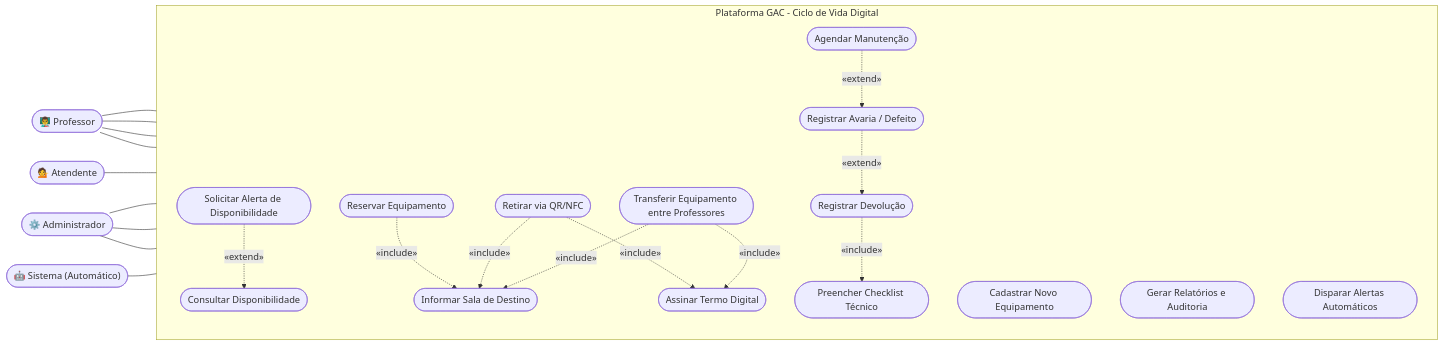
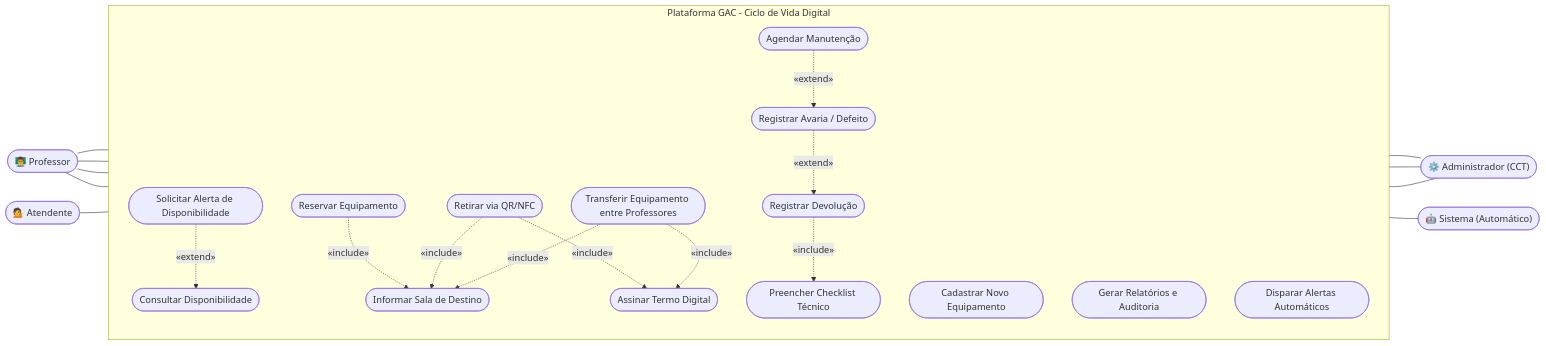
The diagram in Requisitos/Diagramas/Diagrama-de-Casos-de-Uso.md (VinnerKyther/requisitos-2026-requisitos-production), drawn with Mermaid before and after one commit.

Commit message:
Update Use Case Diagram with additional actors and actions

````diff
--- a/Requisitos/Diagramas/Diagrama-de-Casos-de-Uso.md
+++ b/Requisitos/Diagramas/Diagrama-de-Casos-de-Uso.md
@@ -3,70 +3,72 @@
 ```mermaid
 flowchart LR
-    %% Atores
+    %% Atores da Interface Mobile (Esquerda)
     Prof(["👨‍🏫 Professor"])
     Atend(["💁 Atendente"])
-    Admin(["⚙️ Administrador"])
-    Sis(["🤖 Sistema (Automático)"])
 
-    %% Sistema (GAC)
     subgraph Sistema [Plataforma GAC - Ciclo de Vida Digital]
         direction TB
         
-        %% Ações de Consulta e Alerta
+        %% Ações de Consulta
         UC1([Consultar Disponibilidade])
         UC1a([Solicitar Alerta de Disponibilidade])
         
-        %% Ações de Uso do Equipamento
+        %% Ações de Uso do Equipamento (Professor)
         UC2([Reservar Equipamento])
         UC3([Retirar via QR/NFC])
         UC4([Transferir Equipamento entre Professores])
         
         %% Ações de Segurança e Rastreabilidade
         UC5([Assinar Termo Digital])
         UC6([Informar Sala de Destino])
         
         %% Ações do Atendente
         UC7([Registrar Devolução])
         UC8([Preencher Checklist Técnico])
         UC9([Registrar Avaria / Defeito])
         
-        %% Ações da Gestão
+        %% Ações da Gestão Web (Administrador)
         UC10([Cadastrar Novo Equipamento])
         UC11([Agendar Manutenção])
         UC12([Gerar Relatórios e Auditoria])
         
         %% Ações do Sistema
         UC13([Disparar Alertas Automáticos])
     end
 
-    %% Conectando os Atores
+    %% Atores da Interface Web e Robôs (Direita)
+    Admin(["⚙️ Administrador (CCT)"])
+    Sis(["🤖 Sistema (Automático)"])
+
+    %% Conectando os Atores da Esquerda
     Prof --- UC1
     Prof --- UC2
     Prof --- UC3
     Prof --- UC4
-    
     Atend --- UC7
     
-    Admin --- UC10
-    Admin --- UC11
-    Admin --- UC12
-    
-    Sis --- UC13
+    %% Conectando os Atores da Direita
+    UC10 --- Admin
+    UC11 --- Admin
+    UC12 --- Admin
+    UC13 --- Sis
 
-    %% Regras de Sem Disponibilidade (Opcional)
+    %% Regras de Sem Disponibilidade (Opcional - Seta do Opcional para o Principal)
     UC1a -.->|«extend»| UC1
 
     %% Regras de Sala de Destino (Obrigatório)
     UC2 -.->|«include»| UC6
     UC3 -.->|«include»| UC6
     UC4 -.->|«include»| UC6
 
     %% Regras de Termo Digital (Obrigatório)
     UC3 -.->|«include»| UC5
     UC4 -.->|«include»| UC5
 
     %% Regras de Devolução
     UC7 -.->|«include»| UC8
     UC9 -.->|«extend»| UC7
+    
+    %% Regra de Manutenção puxada pela avaria
     UC11 -.->|«extend»| UC9
 ```
````
